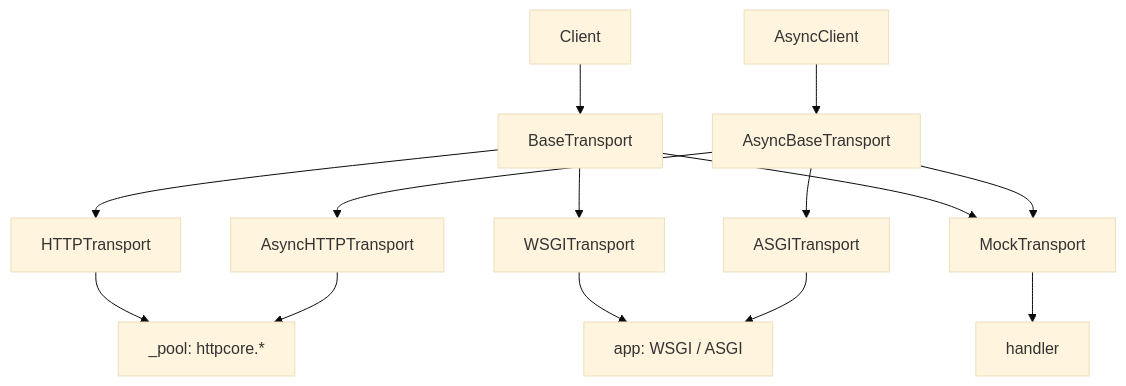
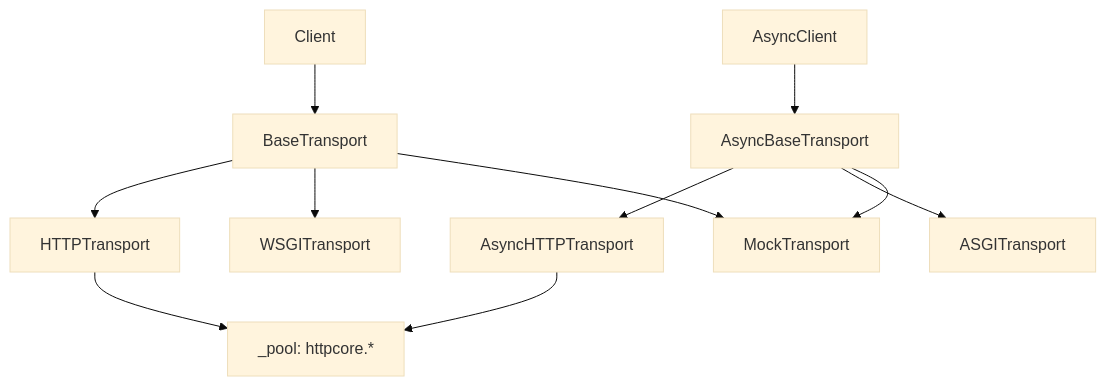
Before and after one commit to ZhuoZhuoCrayon/ai-workspace: the first of 5 diagrams in knowledge/throttled-py/issues/2026-05-06-store-typing-abstraction-refactor/PLAN.md, drawn with Mermaid (base theme). The commit also changed other lines of this file, not shown here.

````diff
--- a/knowledge/throttled-py/issues/2026-05-06-store-typing-abstraction-refactor/PLAN.md
+++ b/knowledge/throttled-py/issues/2026-05-06-store-typing-abstraction-refactor/PLAN.md
@@ -40,29 +37,24 @@
 ```mermaid
 flowchart TD
     BaseTransport["BaseTransport"]
     AsyncBaseTransport["AsyncBaseTransport"]
     HTTPTransport["HTTPTransport"]
     AsyncHTTPTransport["AsyncHTTPTransport"]
     WSGITransport["WSGITransport"]
     ASGITransport["ASGITransport"]
     MockTransport["MockTransport"]
     Client["Client"]
     AsyncClient["AsyncClient"]
     Pool["_pool: httpcore.*"]
-    App["app: WSGI / ASGI"]
-    Handler["handler"]
 
     BaseTransport --> HTTPTransport
     BaseTransport --> WSGITransport
     BaseTransport --> MockTransport
     AsyncBaseTransport --> AsyncHTTPTransport
     AsyncBaseTransport --> ASGITransport
     AsyncBaseTransport --> MockTransport
     Client --> BaseTransport
     AsyncClient --> AsyncBaseTransport
     HTTPTransport --> Pool
     AsyncHTTPTransport --> Pool
-    WSGITransport --> App
-    ASGITransport --> App
-    MockTransport --> Handler
 ```
````
